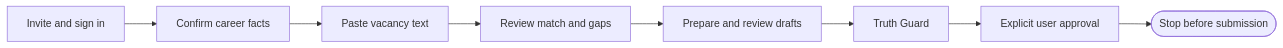
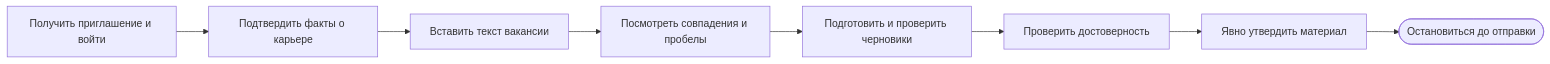
The diagram in README.md (filatelist-hitech/CVortex), drawn with Mermaid before and after one commit. The commit also changed other lines of this file and 11 other files, not shown here.

````diff
--- a/README.md
+++ b/README.md
@@ -22,10 +22,10 @@
 ```mermaid
 flowchart LR
-  SignIn[Invite and sign in] --> Facts[Confirm career facts]
-  Facts --> Vacancy[Paste vacancy text]
-  Vacancy --> Match[Review match and gaps]
-  Match --> Drafts[Prepare and review drafts]
-  Drafts --> Guard[Truth Guard]
-  Guard --> Approval[Explicit user approval]
-  Approval --> Stop([Stop before submission])
+  Invite[Получить приглашение и войти] --> Facts[Подтвердить факты о карьере]
+  Facts --> Vacancy[Вставить текст вакансии]
+  Vacancy --> Match[Посмотреть совпадения и пробелы]
+  Match --> Drafts[Подготовить и проверить черновики]
+  Drafts --> Guard[Проверить достоверность]
+  Guard --> Approval[Явно утвердить материал]
+  Approval --> Stop([Остановиться до отправки])
 ```
````
